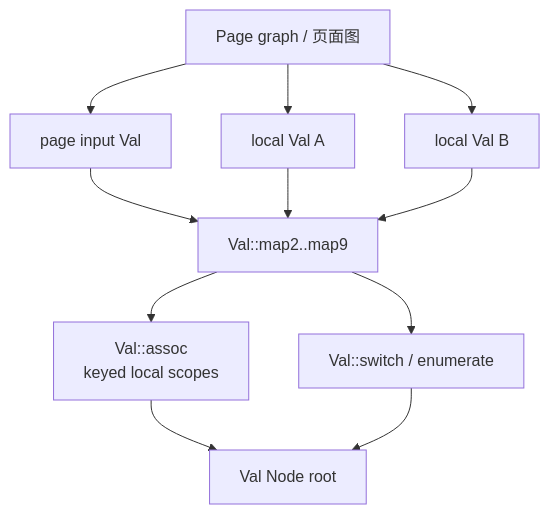
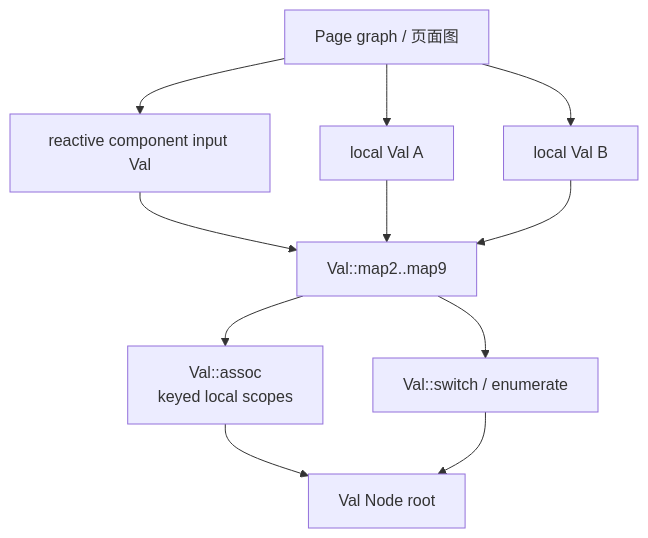
Before and after one commit to lucavance/minimoon: the diagram in docs/code-analysis/assets/diagrams/source/02-AUTHORING-MODEL-2.mmd, drawn with Mermaid. The commit also changed 23 other files, not shown here.

```diff
--- a/docs/code-analysis/assets/diagrams/source/02-AUTHORING-MODEL-2.mmd
+++ b/docs/code-analysis/assets/diagrams/source/02-AUTHORING-MODEL-2.mmd
@@ -1,20 +1,20 @@
 flowchart TB
     Page[Page graph / 页面图]
-    Input[page input Val]
+    Input[reactive component input Val]
     StateA[local Val A]
     StateB[local Val B]
     Map[Val::map2..map9]
     Assoc[Val::assoc<br/>keyed local scopes]
     Switch[Val::switch / enumerate]
     Root[Val Node root]
 
     Page --> Input
     Page --> StateA
     Page --> StateB
     Input --> Map
     StateA --> Map
     StateB --> Map
     Map --> Assoc
     Map --> Switch
     Assoc --> Root
     Switch --> Root
```
